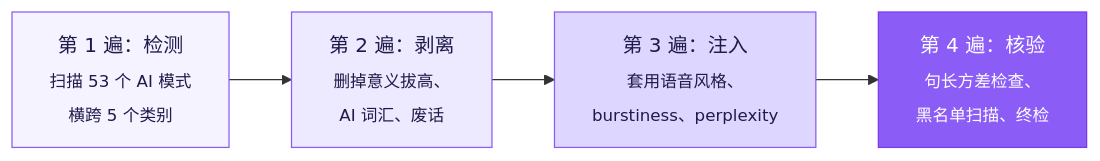
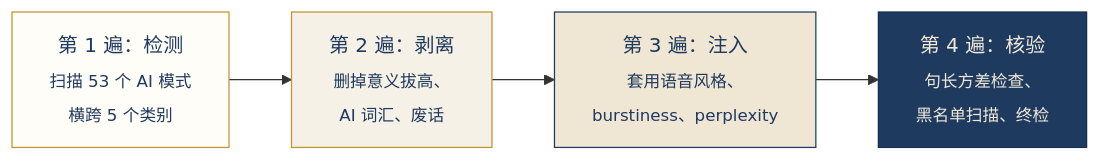
The diagram in README.zh-CN.md (Aboudjem/humanizer-skill), drawn with Mermaid before and after one commit. The commit also changed other lines of this file and 3 other files, not shown here.

````diff
--- a/README.zh-CN.md
+++ b/README.zh-CN.md
@@ -213,11 +213,11 @@
 ```mermaid
 graph LR
     A["第 1 遍：检测<br/><sub>扫描 53 个 AI 模式<br/>横跨 5 个类别</sub>"] --> B["第 2 遍：剥离<br/><sub>删掉意义拔高、<br/>AI 词汇、废话</sub>"]
     B --> C["第 3 遍：注入<br/><sub>套用语音风格、<br/>burstiness、perplexity</sub>"]
     C --> D["第 4 遍：核验<br/><sub>句长方差检查、<br/>黑名单扫描、终检</sub>"]
 
-    style A fill:#f5f3ff,stroke:#8b5cf6,color:#1e1b4b
-    style B fill:#ede9fe,stroke:#8b5cf6,color:#1e1b4b
-    style C fill:#ddd6fe,stroke:#8b5cf6,color:#1e1b4b
-    style D fill:#8b5cf6,stroke:#7c3aed,color:#ffffff
+    style A fill:#fffdf7,stroke:#c0952f,color:#1f3a5f
+    style B fill:#f6f1e6,stroke:#c0952f,color:#1f3a5f
+    style C fill:#efe6d3,stroke:#1f3a5f,color:#1f3a5f
+    style D fill:#1f3a5f,stroke:#16304f,color:#f0e9d8
 ```
````
